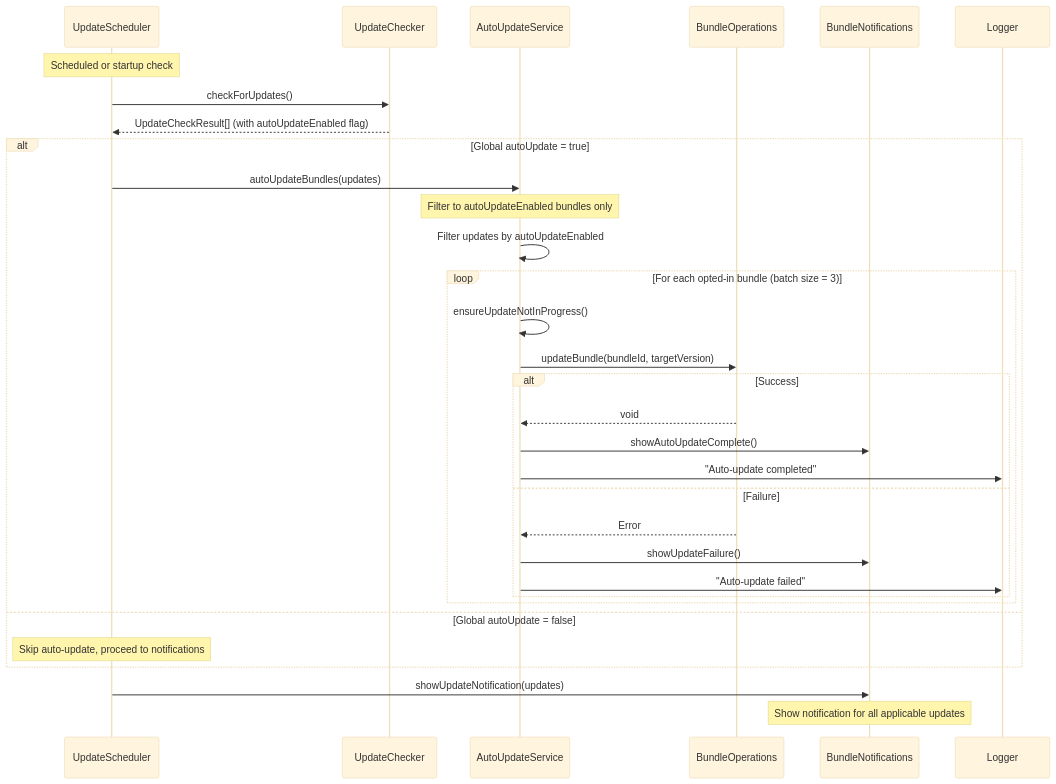
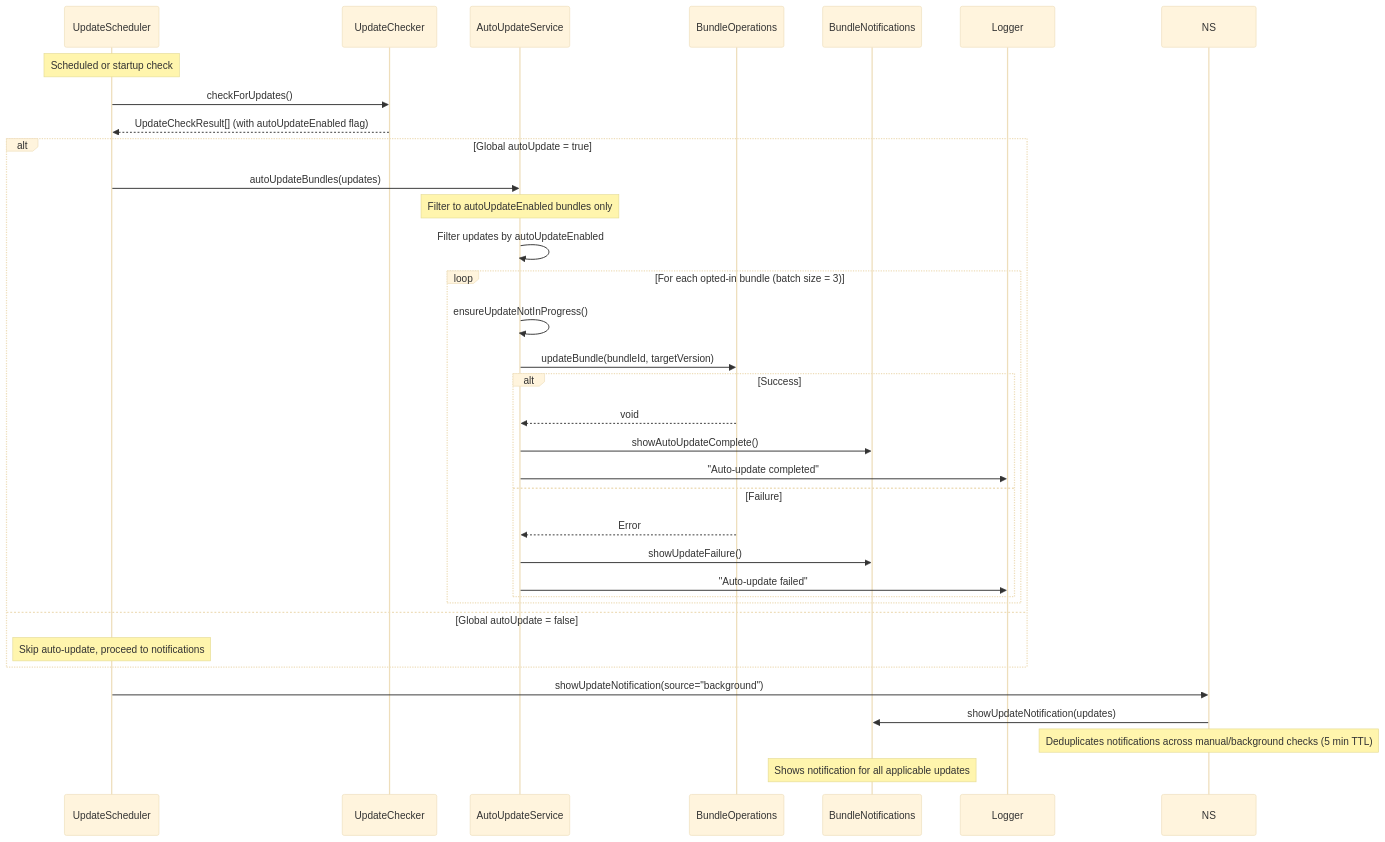
Before and after one commit to gblanc-1a/prompt-registry: the tenth of 18 diagrams in docs/ARCHITECTURE.md, drawn with Mermaid (base theme). The commit also changed other lines of this file and 30 other files, not shown here.

````diff
--- a/docs/ARCHITECTURE.md
+++ b/docs/ARCHITECTURE.md
@@ -618,41 +622,43 @@
 ```mermaid
 sequenceDiagram
     participant US as UpdateScheduler
     participant UC as UpdateChecker
     participant AUS as AutoUpdateService
     participant BO as BundleOperations
     participant BN as BundleNotifications
     participant LOG as Logger
     
     Note over US: Scheduled or startup check
     
     US->>UC: checkForUpdates()
     UC-->>US: UpdateCheckResult[] (with autoUpdateEnabled flag)
     
     alt Global autoUpdate = true
         US->>AUS: autoUpdateBundles(updates)
         
         Note over AUS: Filter to autoUpdateEnabled bundles only
         AUS->>AUS: Filter updates by autoUpdateEnabled
         
         loop For each opted-in bundle (batch size = 3)
             AUS->>AUS: ensureUpdateNotInProgress()
             AUS->>BO: updateBundle(bundleId, targetVersion)
             
             alt Success
                 BO-->>AUS: void
                 AUS->>BN: showAutoUpdateComplete()
                 AUS->>LOG: "Auto-update completed"
             else Failure
                 BO-->>AUS: Error
                 AUS->>BN: showUpdateFailure()
                 AUS->>LOG: "Auto-update failed"
             end
         end
     else Global autoUpdate = false
         Note over US: Skip auto-update, proceed to notifications
     end
     
-    US->>BN: showUpdateNotification(updates)
-    Note over BN: Show notification for all applicable updates
+    US->>NS: showUpdateNotification(source="background")
+    NS->>BN: showUpdateNotification(updates)
+    Note over NS: Deduplicates notifications across manual/background checks (5 min TTL)
+    Note over BN: Shows notification for all applicable updates
 ```
````
